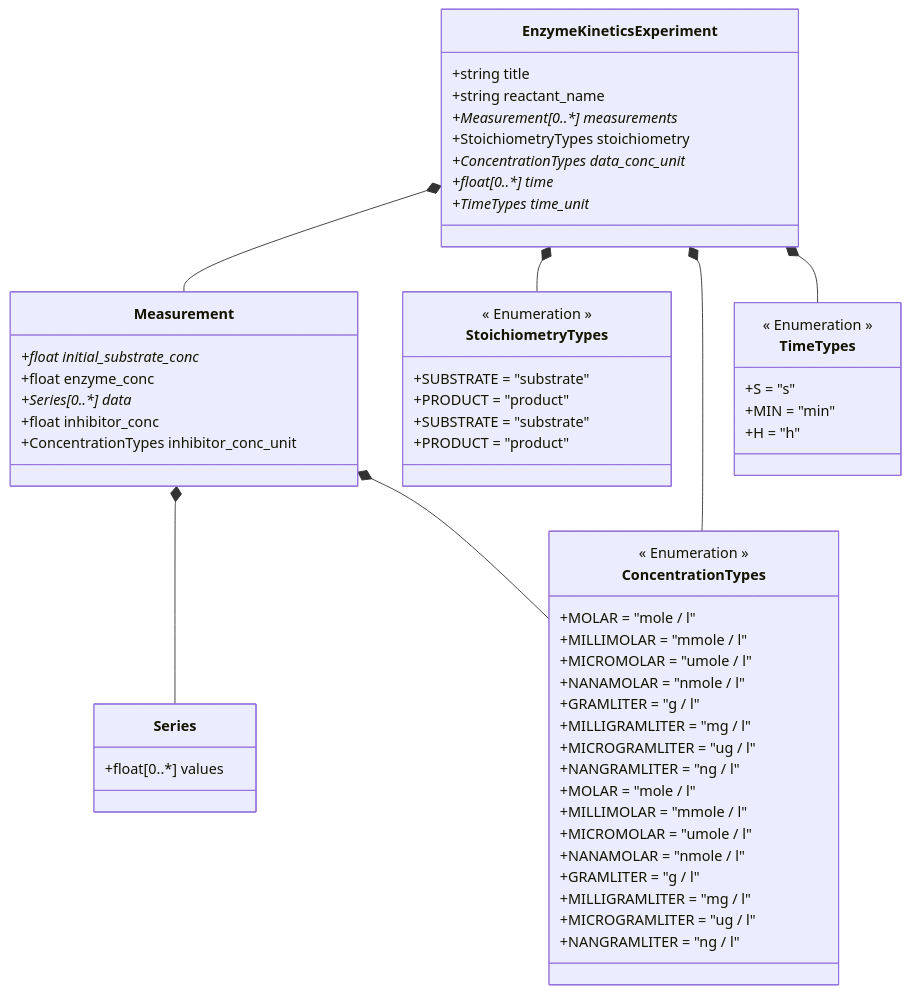
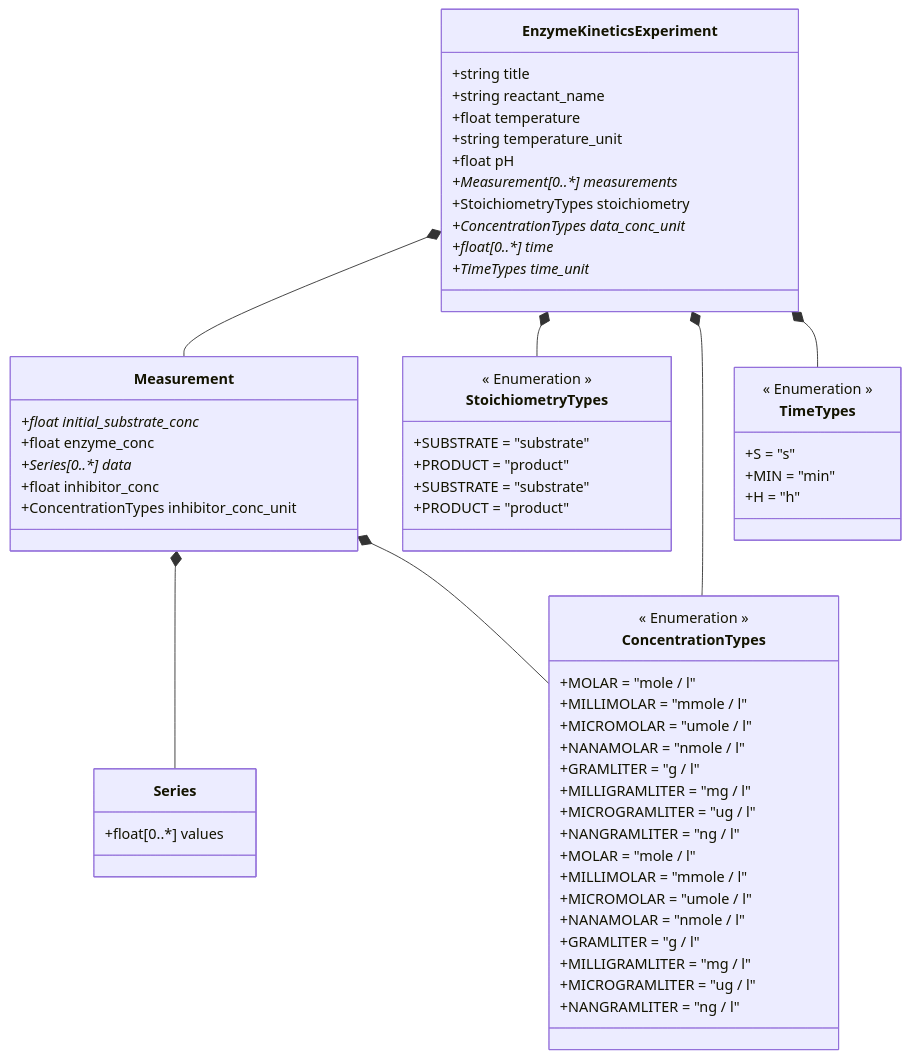
Before and after one commit to FAIRChemistry/EnzymePynetics: the diagram in EnzymeKinetics/schemes/Enzyme Kinetics Data-model.md, drawn with Mermaid. The commit also changed 4 other files, not shown here.

````diff
--- a/EnzymeKinetics/schemes/Enzyme Kinetics Data-model.md
+++ b/EnzymeKinetics/schemes/Enzyme Kinetics Data-model.md
@@ -1,75 +1,78 @@
 ```mermaid
 classDiagram
     EnzymeKineticsExperiment *-- Measurement
     EnzymeKineticsExperiment *-- StoichiometryTypes
     EnzymeKineticsExperiment *-- ConcentrationTypes
     EnzymeKineticsExperiment *-- TimeTypes
     Measurement *-- Series
     Measurement *-- ConcentrationTypes
     
     class EnzymeKineticsExperiment {
         +string title
         +string reactant_name
+        +float temperature
+        +string temperature_unit
+        +float pH
         +Measurement[0..*] measurements*
         +StoichiometryTypes stoichiometry
         +ConcentrationTypes data_conc_unit*
         +float[0..*] time*
         +TimeTypes time_unit*
     }
     
     class Measurement {
         +float initial_substrate_conc*
         +float enzyme_conc
         +Series[0..*] data*
         +float inhibitor_conc
         +ConcentrationTypes inhibitor_conc_unit
     }
     
     class Series {
         +float[0..*] values
     }
     
     class StoichiometryTypes {
         << Enumeration >>
         +SUBSTRATE = "substrate"
         +PRODUCT = "product"
     }
     
     class StoichiometryTypes {
         << Enumeration >>
         +SUBSTRATE = "substrate"
         +PRODUCT = "product"
     }
     
     class ConcentrationTypes {
         << Enumeration >>
         +MOLAR = "mole / l"
         +MILLIMOLAR = "mmole / l"
         +MICROMOLAR = "umole / l"
         +NANAMOLAR = "nmole / l"
         +GRAMLITER = "g / l"
         +MILLIGRAMLITER = "mg / l"
         +MICROGRAMLITER = "ug / l"
         +NANGRAMLITER = "ng / l"
     }
     
     class ConcentrationTypes {
         << Enumeration >>
         +MOLAR = "mole / l"
         +MILLIMOLAR = "mmole / l"
         +MICROMOLAR = "umole / l"
         +NANAMOLAR = "nmole / l"
         +GRAMLITER = "g / l"
         +MILLIGRAMLITER = "mg / l"
         +MICROGRAMLITER = "ug / l"
         +NANGRAMLITER = "ng / l"
     }
     
     class TimeTypes {
         << Enumeration >>
         +S = "s"
         +MIN = "min"
         +H = "h"
     }
     
 ```
````
